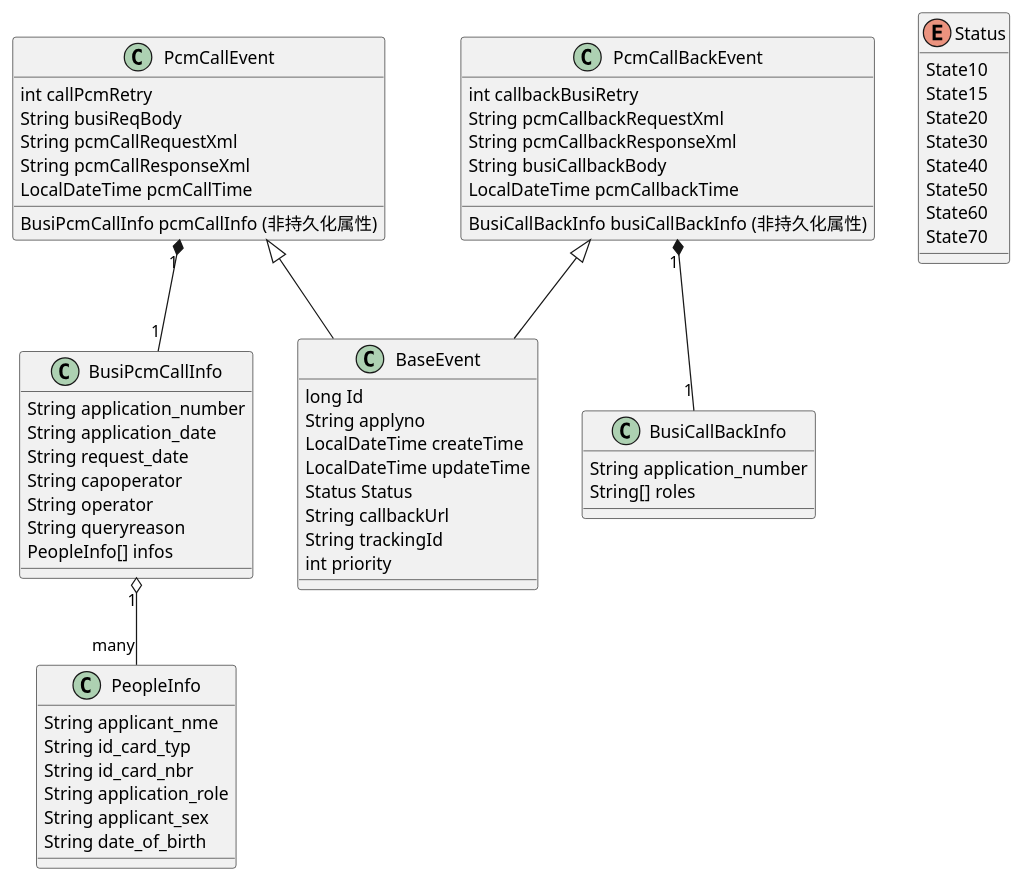
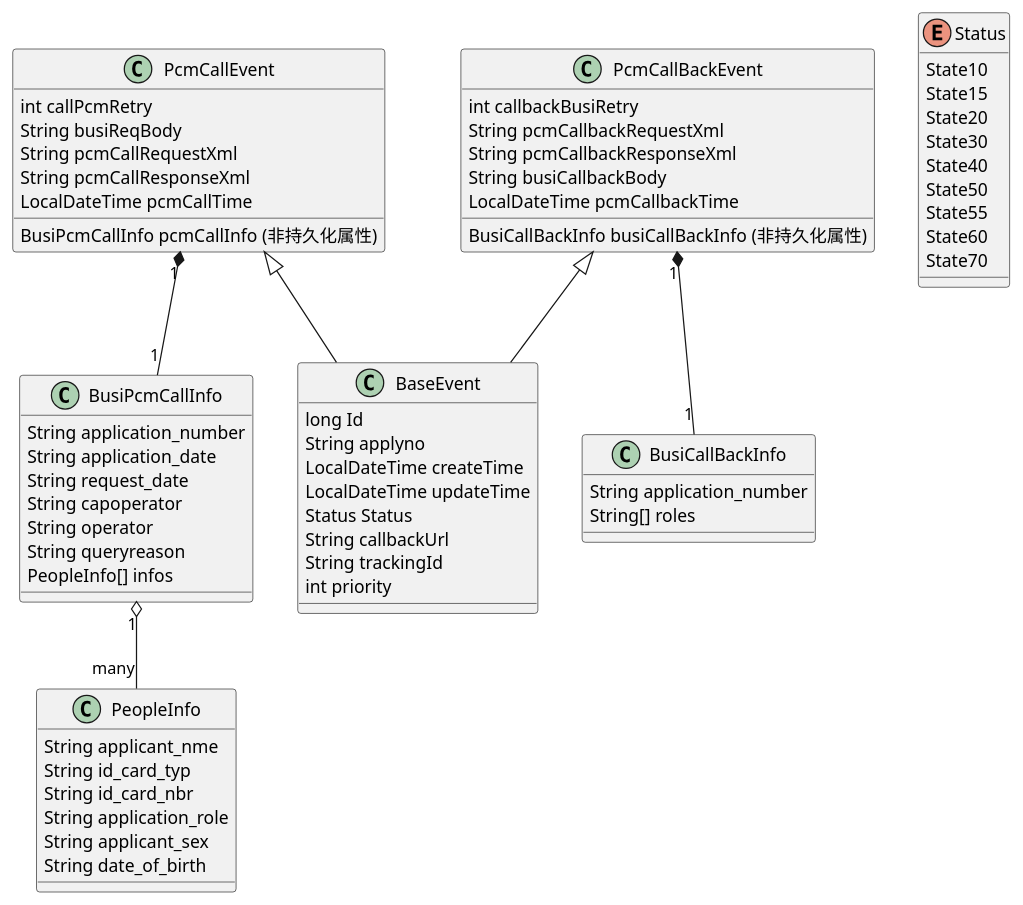
Before and after one commit to 0xff1234/xiaoshujiang: the fourth of 4 diagrams in PcmDispatcher设计文档.md, drawn with PlantUML. The commit also changed other lines of this file, not shown here.

````diff
--- a/PcmDispatcher设计文档.md
+++ b/PcmDispatcher设计文档.md
@@ -146,74 +150,75 @@
 ``` plantuml!
 @startuml
 class BaseEvent {
   long Id
   String applyno
   LocalDateTime createTime
   LocalDateTime updateTime
   Status Status
   String callbackUrl
   String trackingId
   int priority
 }
 
 class PcmCallEvent {
   int callPcmRetry
   String busiReqBody
   String pcmCallRequestXml
   String pcmCallResponseXml
   LocalDateTime pcmCallTime
   BusiPcmCallInfo pcmCallInfo (非持久化属性)
 }
 
 class PcmCallBackEvent {
   int callbackBusiRetry
   String pcmCallbackRequestXml
   String pcmCallbackResponseXml
   String busiCallbackBody
   LocalDateTime pcmCallbackTime
   BusiCallBackInfo busiCallBackInfo (非持久化属性)
 }
 
 class BusiCallBackInfo{
   String application_number
   String[] roles 
 }
 
 class BusiPcmCallInfo{
   String application_number
   String application_date
   String request_date
   String capoperator
   String operator
   String queryreason
   PeopleInfo[] infos 
 }
 
 class PeopleInfo{
   String applicant_nme
   String id_card_typ
   String id_card_nbr
   String application_role
   String applicant_sex
   String date_of_birth
 }
 
 BusiPcmCallInfo "1" o-- "many" PeopleInfo
 PcmCallEvent <|-- BaseEvent
 PcmCallEvent "1" *-- "1" BusiPcmCallInfo
 
 PcmCallBackEvent <|-- BaseEvent
 PcmCallBackEvent "1" *-- "1" BusiCallBackInfo
 
 enum Status {
   State10
   State15
   State20
   State30
   State40
   State50
+  State55
   State60
   State70
 }
 @enduml
 ```
````
